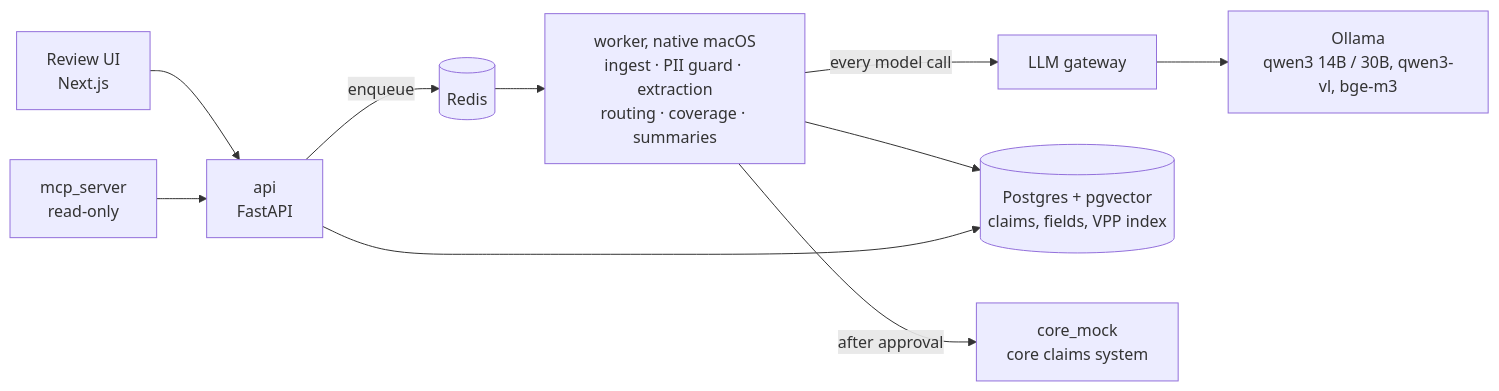
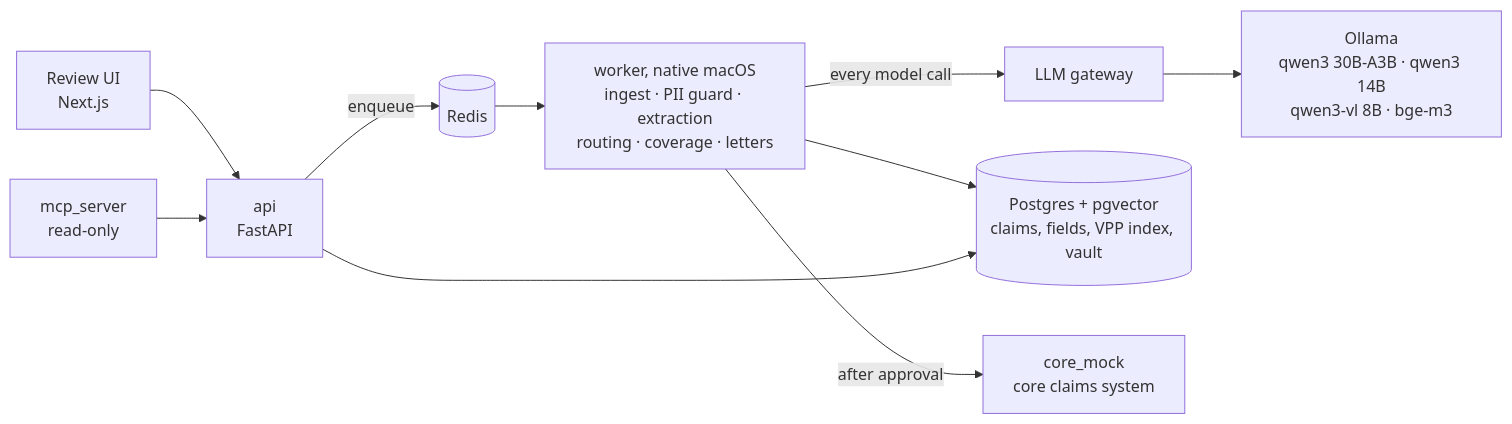
One commit to kavicka/claimpilot changed the diagram in README.md. Above: the diagram before and after it, drawn with Mermaid. The commit also changed other lines of this file and 17 other files, not shown here.

````diff
--- a/README.md
+++ b/README.md
@@ -20,11 +20,11 @@
 ```mermaid
 flowchart LR
     UI[Review UI<br/>Next.js] --> API[api<br/>FastAPI]
     API -->|enqueue| Q[(Redis)]
-    Q --> W[worker, native macOS<br/>ingest · PII guard · extraction<br/>routing · coverage · summaries]
-    W -->|every model call| GW[LLM gateway] --> OL[Ollama<br/>qwen3 14B / 30B, qwen3-vl, bge-m3]
-    W --> DB[(Postgres + pgvector<br/>claims, fields, VPP index)]
+    Q --> W[worker, native macOS<br/>ingest · PII guard · extraction<br/>routing · coverage · letters]
+    W -->|every model call| GW[LLM gateway] --> OL[Ollama<br/>qwen3 30B-A3B · qwen3 14B<br/>qwen3-vl 8B · bge-m3]
+    W --> DB[(Postgres + pgvector<br/>claims, fields, VPP index, vault)]
     API --> DB
     W -->|after approval| CORE[core_mock<br/>core claims system]
     MCP[mcp_server<br/>read-only] --> API
 ```
````
